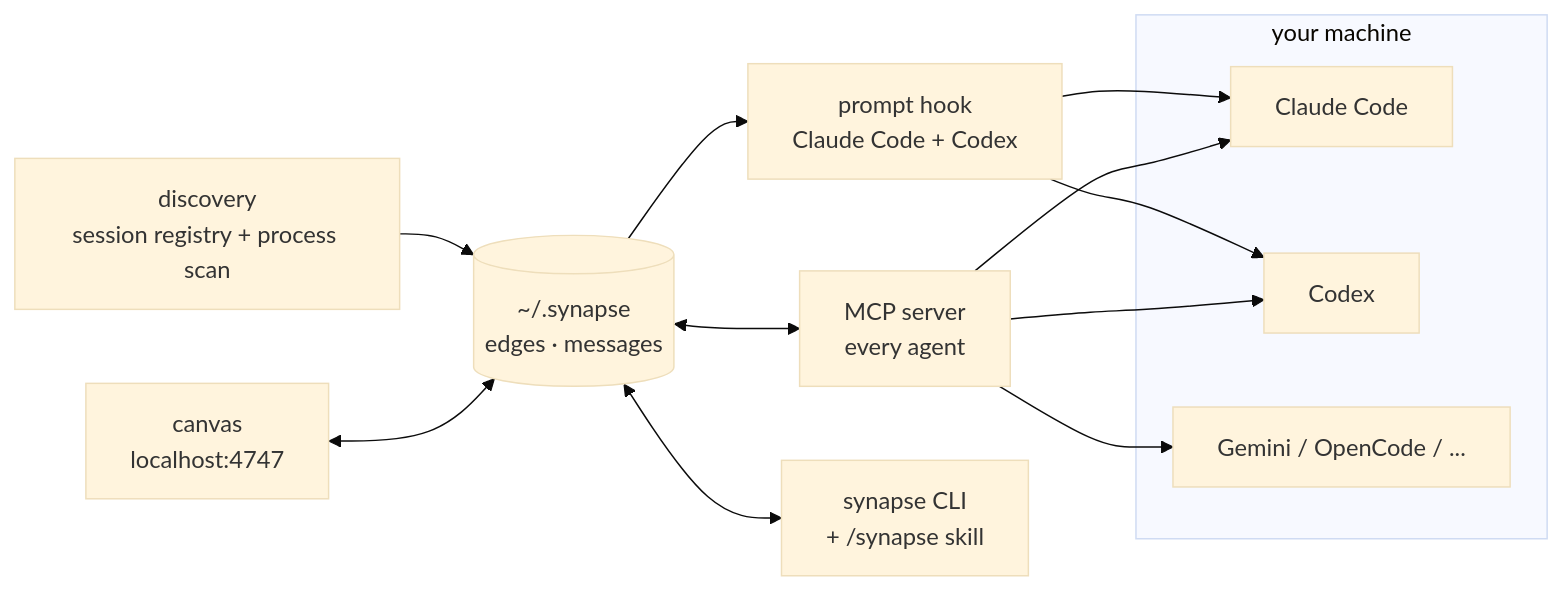
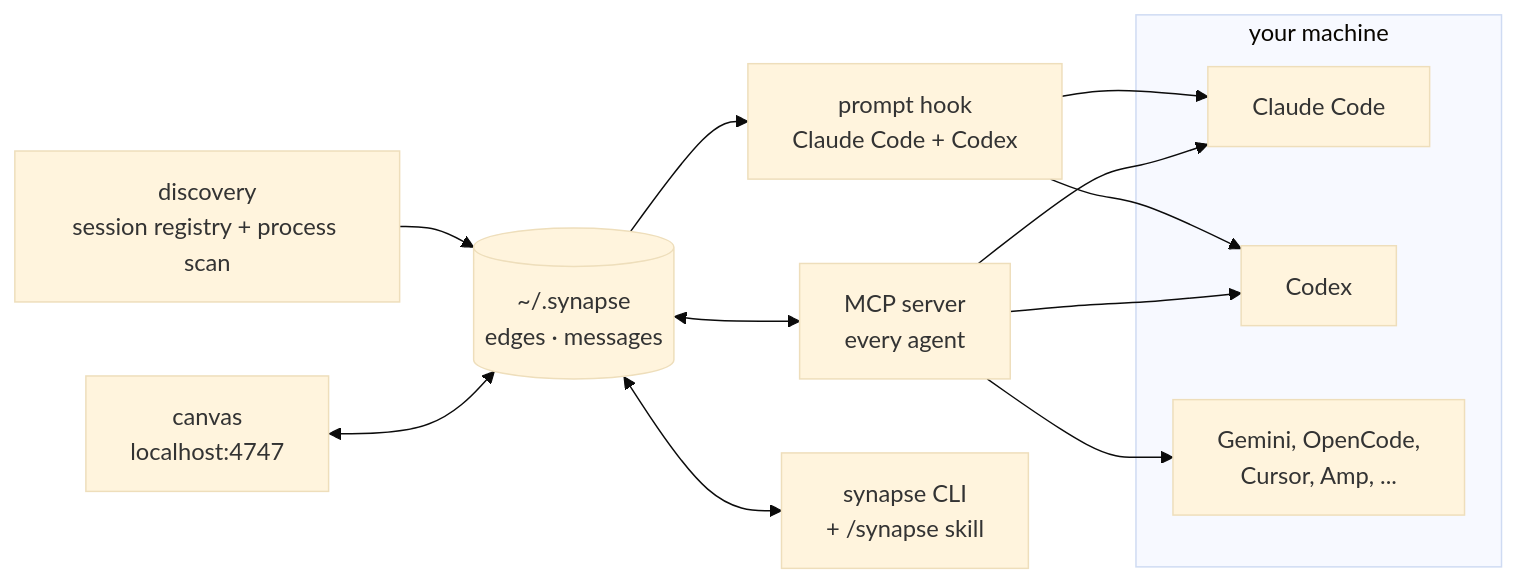
The diagram in README.md (VishiATChoudhary/synapse), drawn with Mermaid (base theme) before and after one commit.

Commit message:
README: shorten diagram label

````diff
--- a/README.md
+++ b/README.md
@@ -65,13 +65,13 @@
 ```mermaid
 flowchart LR
   subgraph machine[your machine]
-    C1[Claude Code] & C2[Codex] & C3[Gemini / OpenCode / ...]
+    C1[Claude Code] & C2[Codex] & C3[Gemini, OpenCode,<br/>Cursor, Amp, ...]
   end
   D[discovery<br/>session registry + process scan] --> S[(~/.synapse<br/>edges · messages)]
   UI[canvas<br/>localhost:4747] <--> S
   S --> H[prompt hook<br/>Claude Code + Codex]
   S <--> M[MCP server<br/>every agent]
   S <--> K[synapse CLI<br/>+ /synapse skill]
   H --> C1 & C2
   M --> C1 & C2 & C3
 ```
````
